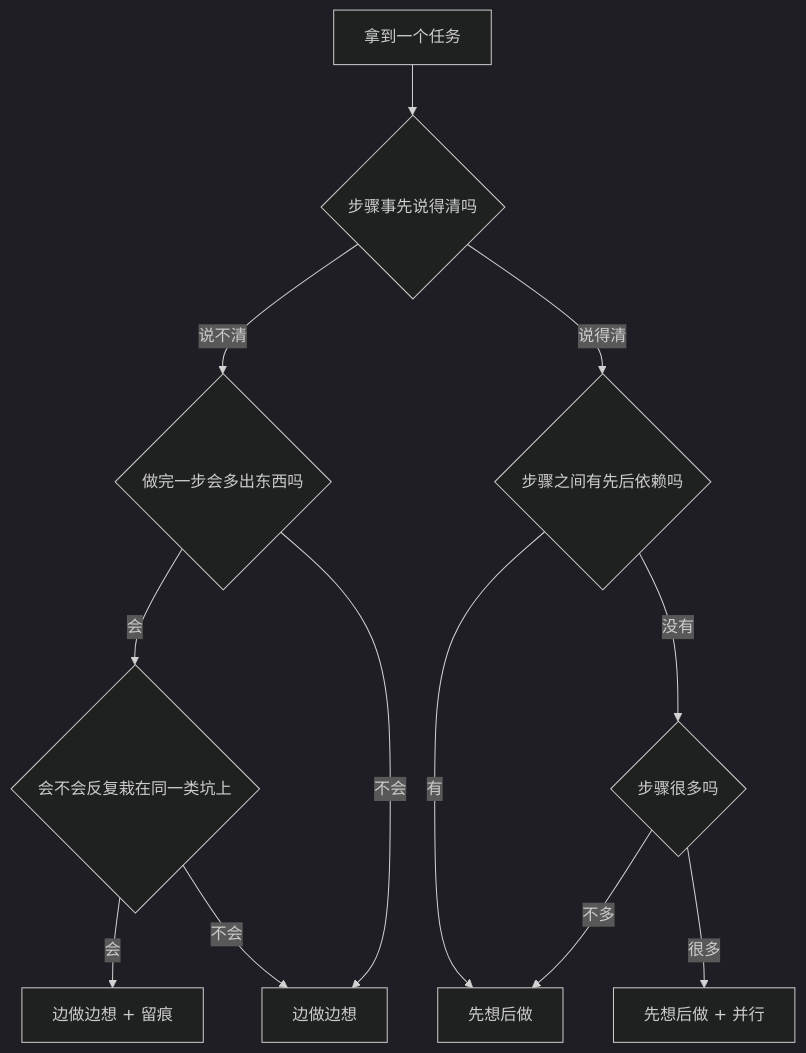
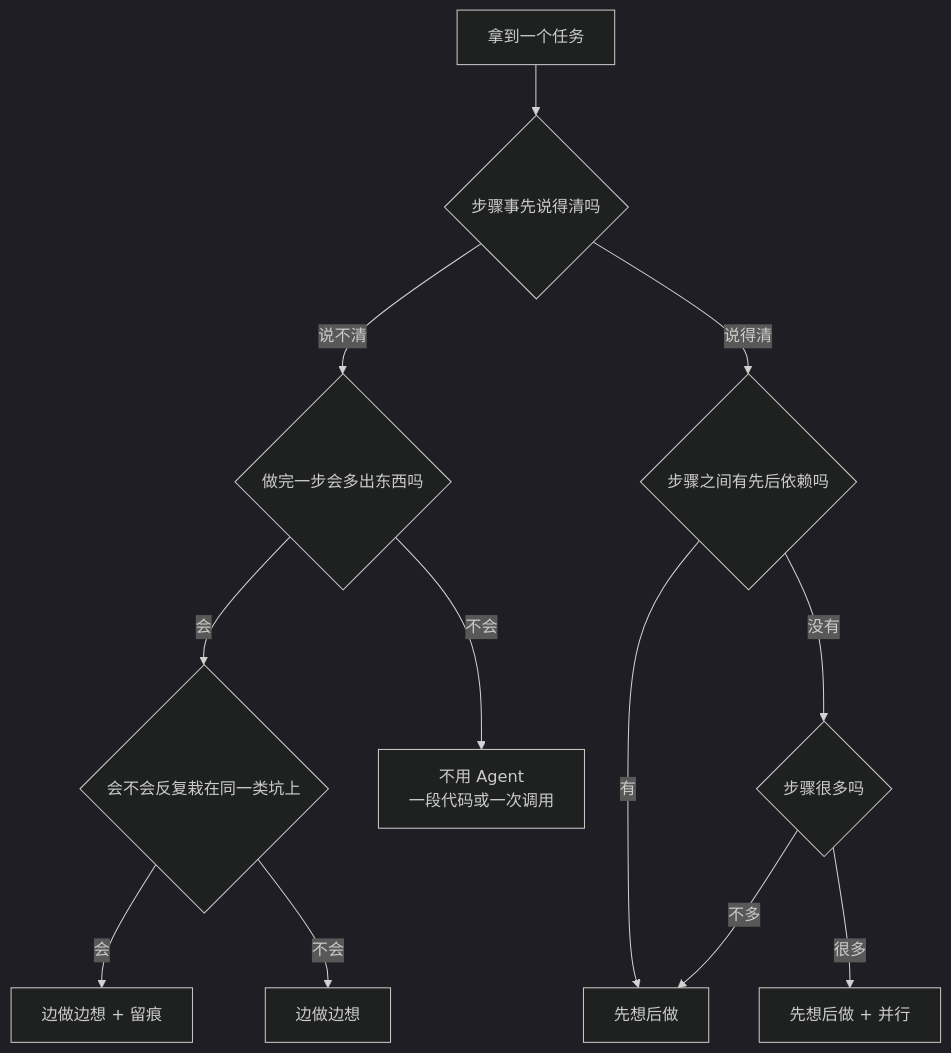
The fourth of 4 diagrams in part-3-agent原理/ch12-三大范式.md (Laughingtt/agentkit), drawn with Mermaid (dark theme) before and after one commit. The commit also changed other lines of this file and 5 other files, not shown here.

````diff
--- a/part-3-agent原理/ch12-三大范式.md
+++ b/part-3-agent原理/ch12-三大范式.md
@@ -514,14 +514,14 @@
 ```mermaid
 graph TD
     S[拿到一个任务] --> Q1{步骤事先说得清吗}
     Q1 -->|说不清| Q2{做完一步会多出东西吗}
     Q2 -->|会| Q3{会不会反复栽在同一类坑上}
     Q3 -->|会| RF[边做边想 + 留痕]
     Q3 -->|不会| RA[边做边想]
-    Q2 -->|不会| RA
+    Q2 -->|不会| NA["不用 Agent<br/>一段代码或一次调用"]
     Q1 -->|说得清| Q4{步骤之间有先后依赖吗}
     Q4 -->|有| PE[先想后做]
     Q4 -->|没有| Q5{步骤很多吗}
     Q5 -->|很多| PAR[先想后做 + 并行]
     Q5 -->|不多| PE
 ```
````
